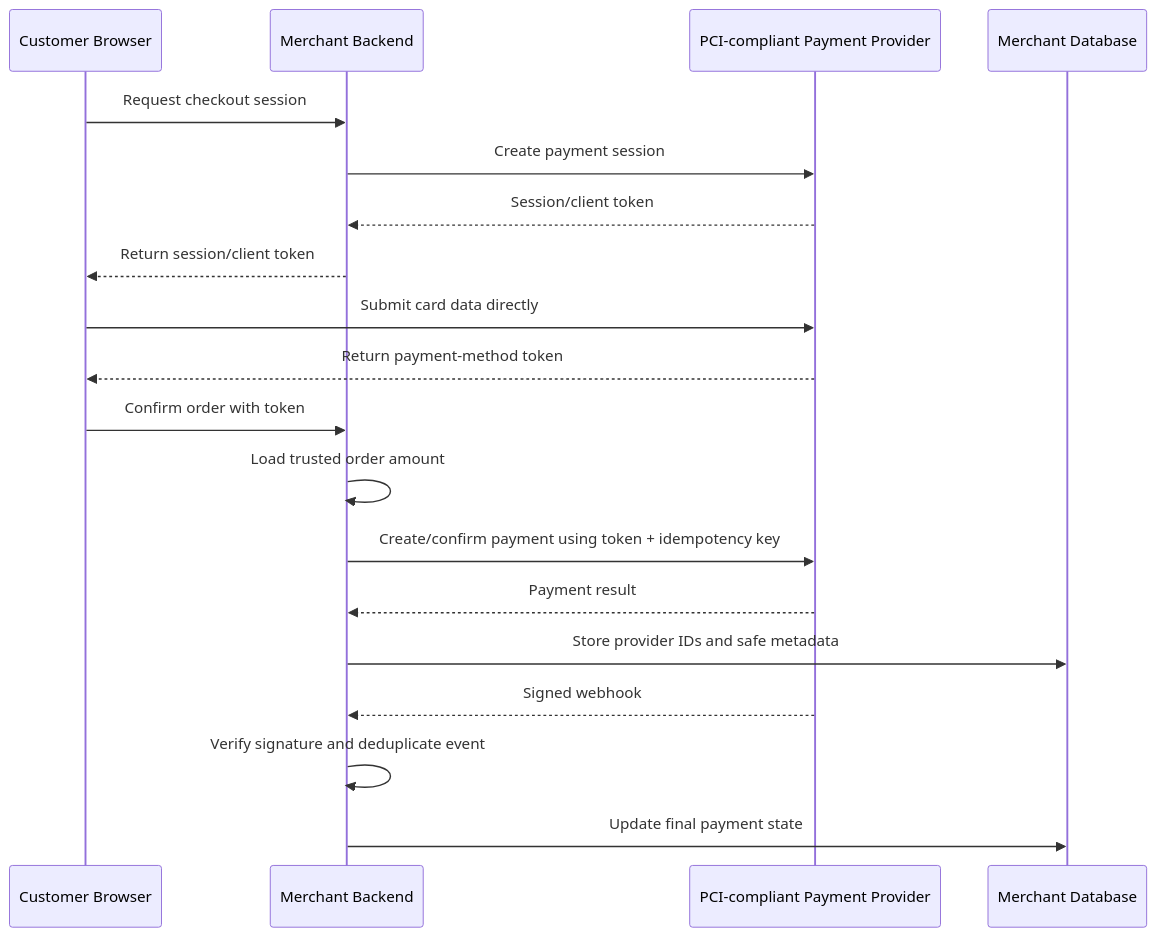
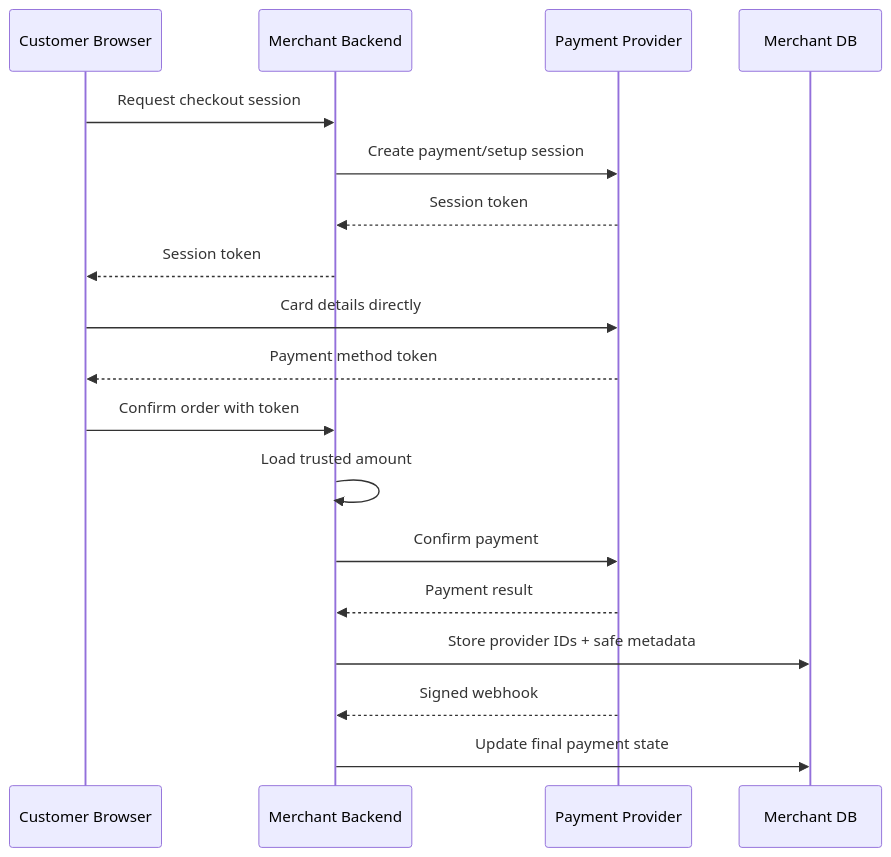
One commit to AvadhBhalodiya/Interview-Preparation changed the first of 6 diagrams in src/content/payments/pci-dss-basics.md. Above: the diagram before and after it, drawn with Mermaid. The commit also changed other lines of this file and 54 other files, not shown here.

````diff
--- a/src/content/payments/pci-dss-basics.md
+++ b/src/content/payments/pci-dss-basics.md
@@ -25,25 +37,24 @@
 ```mermaid
 sequenceDiagram
-    participant C as Customer Browser
-    participant M as Merchant Backend
-    participant P as PCI-compliant Payment Provider
-    participant D as Merchant Database
+    participant U as Customer Browser
+    participant B as Merchant Backend
+    participant P as Payment Provider
+    participant D as Merchant DB
 
-    C->>M: Request checkout session
-    M->>P: Create payment session
-    P-->>M: Session/client token
-    M-->>C: Return session/client token
+    U->>B: Request checkout session
+    B->>P: Create payment/setup session
+    P-->>B: Session token
+    B-->>U: Session token
 
-    C->>P: Submit card data directly
-    P-->>C: Return payment-method token
+    U->>P: Card details directly
+    P-->>U: Payment method token
 
-    C->>M: Confirm order with token
-    M->>M: Load trusted order amount
-    M->>P: Create/confirm payment using token + idempotency key
-    P-->>M: Payment result
-    M->>D: Store provider IDs and safe metadata
+    U->>B: Confirm order with token
+    B->>B: Load trusted amount
+    B->>P: Confirm payment
+    P-->>B: Payment result
 
-    P-->>M: Signed webhook
-    M->>M: Verify signature and deduplicate event
-    M->>D: Update final payment state
+    B->>D: Store provider IDs + safe metadata
+    P-->>B: Signed webhook
+    B->>D: Update final payment state
 ```
````
